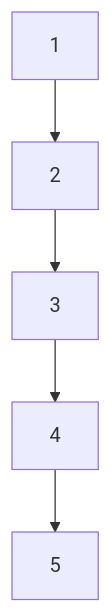
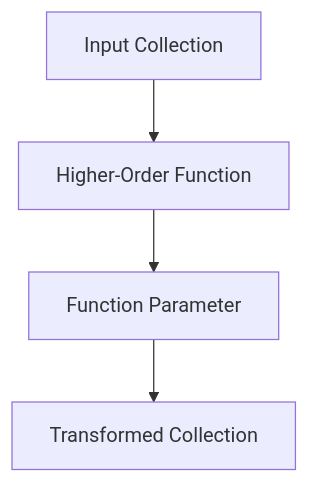
The diagram in content/1/6/2/2/index.md (MasteryEducation/ClojureForJava.com), drawn with Mermaid before and after one commit. The commit also changed other lines of this file and 915 other files, not shown here.

````diff
--- a/content/1/6/2/2/index.md
+++ b/content/1/6/2/2/index.md
@@ -86,7 +106,6 @@
 ```mermaid
 graph TD;
-    A[1] --> B[2];
-    B --> C[3];
-    C --> D[4];
-    D --> E[5];
+    A[Input Collection] --> B[Higher-Order Function];
+    B --> C[Function Parameter];
+    C --> D[Transformed Collection];
 ```
````
